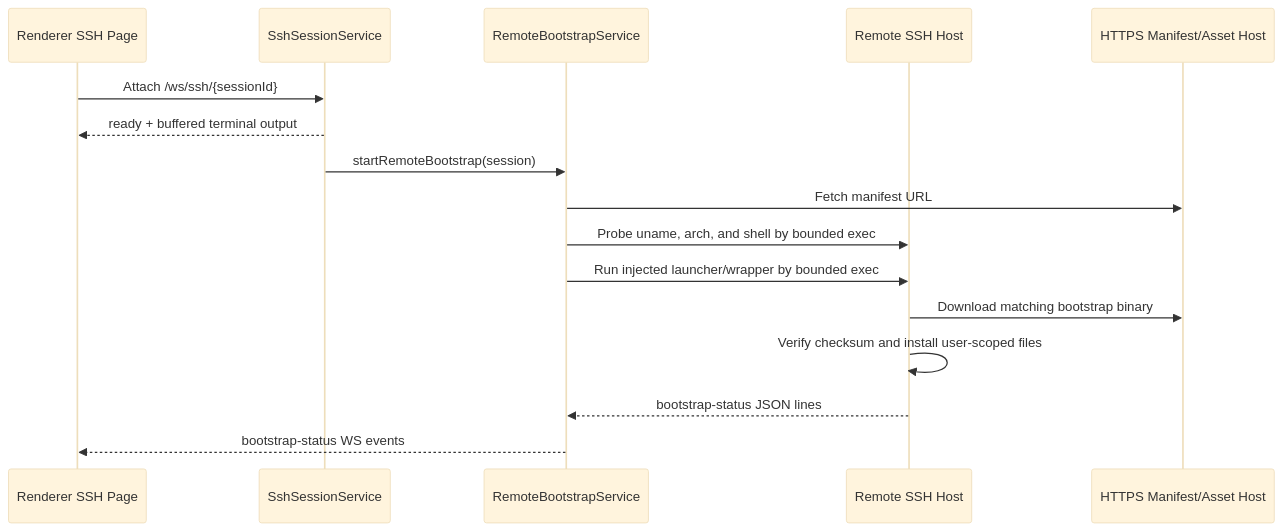
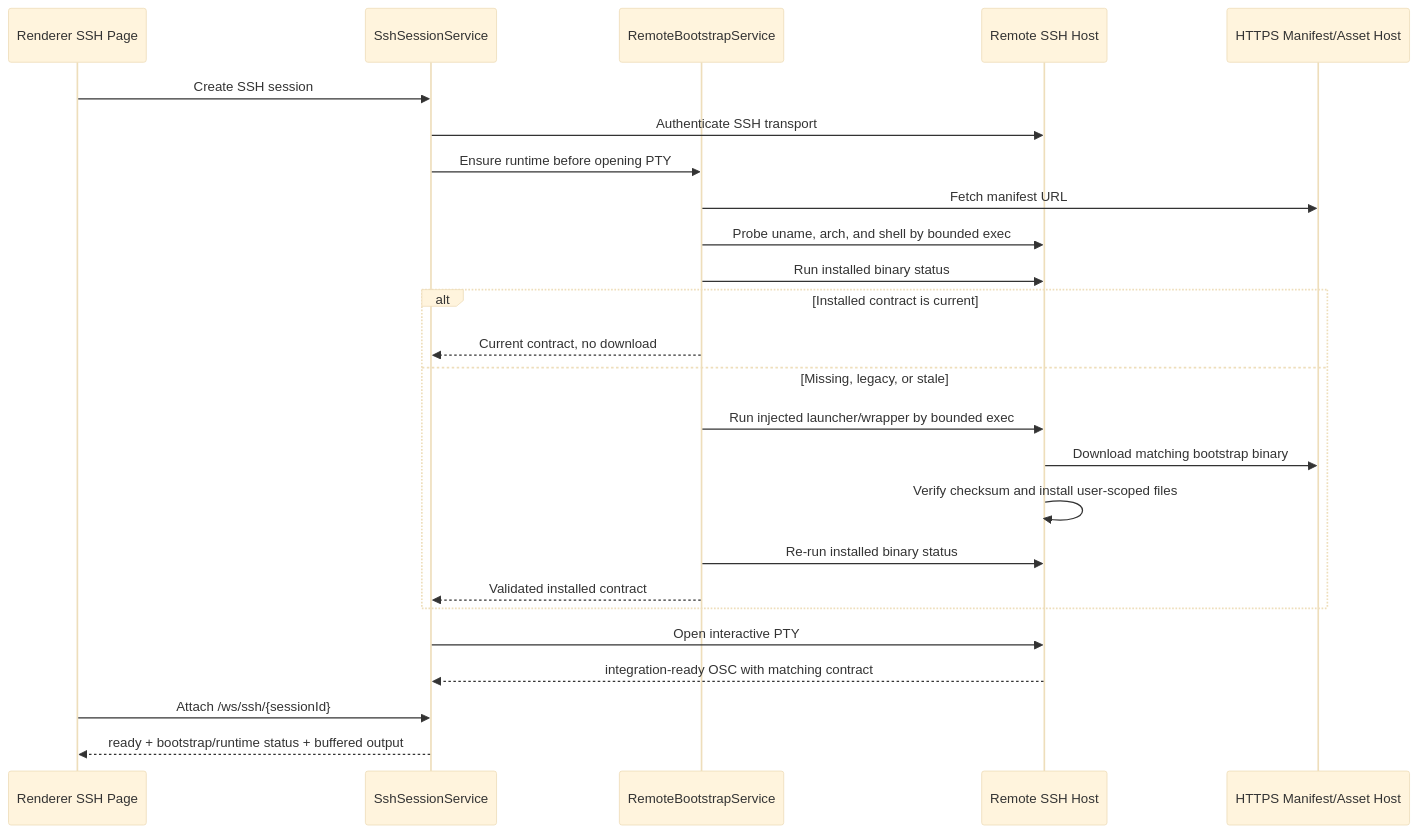
The third of 3 diagrams in docs/developer/runtime/ssh-terminal.md (XYZ1024-alt/Cosmosh), drawn with Mermaid (base theme) before and after one commit. The commit also changed other lines of this file and 30 other files, not shown here.

Commit message:
feat: harden remote enhancements runtime contract

````diff
--- a/docs/developer/runtime/ssh-terminal.md
+++ b/docs/developer/runtime/ssh-terminal.md
@@ -359,19 +361,28 @@
 ```mermaid
 sequenceDiagram
   participant UI as Renderer SSH Page
   participant SSH as SshSessionService
   participant BOOT as RemoteBootstrapService
   participant REM as Remote SSH Host
   participant REL as HTTPS Manifest/Asset Host
 
-  UI->>SSH: Attach /ws/ssh/{sessionId}
-  SSH-->>UI: ready + buffered terminal output
-  SSH->>BOOT: startRemoteBootstrap(session)
+  UI->>SSH: Create SSH session
+  SSH->>REM: Authenticate SSH transport
+  SSH->>BOOT: Ensure runtime before opening PTY
   BOOT->>REL: Fetch manifest URL
   BOOT->>REM: Probe uname, arch, and shell by bounded exec
-  BOOT->>REM: Run injected launcher/wrapper by bounded exec
-  REM->>REL: Download matching bootstrap binary
-  REM->>REM: Verify checksum and install user-scoped files
-  REM-->>BOOT: bootstrap-status JSON lines
-  BOOT-->>UI: bootstrap-status WS events
+  BOOT->>REM: Run installed binary status
+  alt Installed contract is current
+    BOOT-->>SSH: Current contract, no download
+  else Missing, legacy, or stale
+    BOOT->>REM: Run injected launcher/wrapper by bounded exec
+    REM->>REL: Download matching bootstrap binary
+    REM->>REM: Verify checksum and install user-scoped files
+    BOOT->>REM: Re-run installed binary status
+    BOOT-->>SSH: Validated installed contract
+  end
+  SSH->>REM: Open interactive PTY
+  REM-->>SSH: integration-ready OSC with matching contract
+  UI->>SSH: Attach /ws/ssh/{sessionId}
+  SSH-->>UI: ready + bootstrap/runtime status + buffered output
 ```
````
